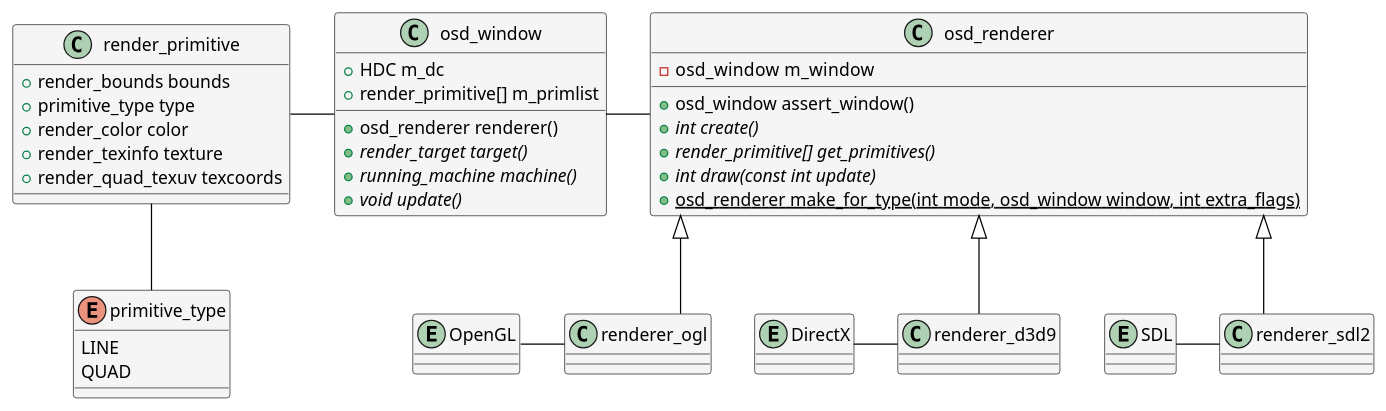
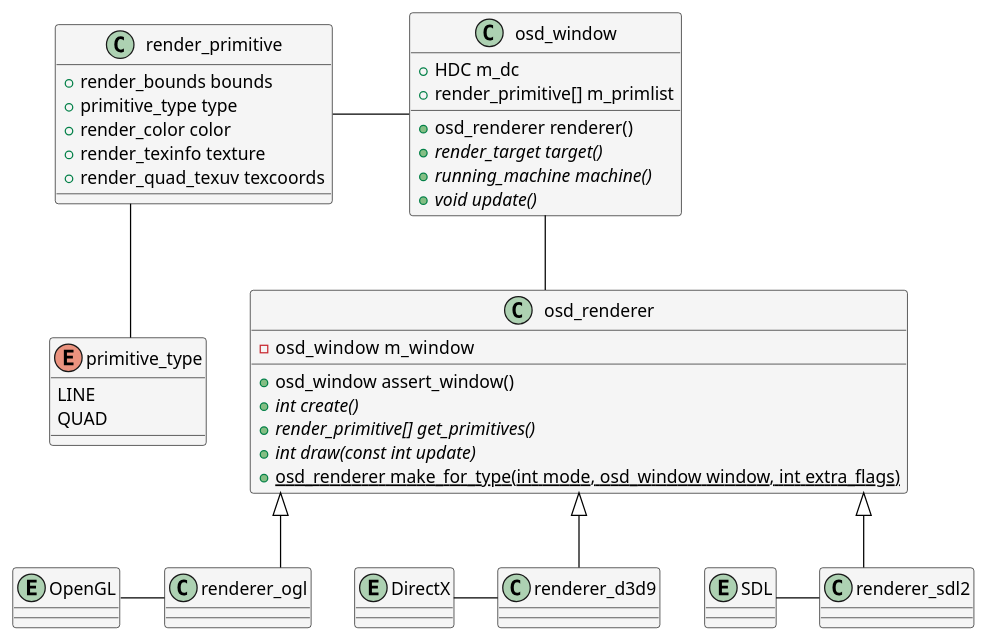
The diagram in Streaming/UML/class_rendering_generic.puml (mikymaione/MAMEStreamingPlatform), drawn with PlantUML before and after one commit. The commit also changed 6 other files, not shown here.

```diff
--- a/Streaming/UML/class_rendering_generic.puml
+++ b/Streaming/UML/class_rendering_generic.puml
@@ -1,58 +1,57 @@
 @startuml
 skinparam Shadowing false
 skinparam LineType ortho
 skinparam ArrowColor black
 
 skinparam class {
     BackgroundColor WhiteSmoke
     BorderColor black
 }
 
 enum primitive_type
 {
 	LINE
 	QUAD
 }
 
 class render_primitive {
 	+render_bounds bounds
 	+primitive_type type
 	+render_color color
 	+render_texinfo texture
 	+render_quad_texuv texcoords
 }
 
 class osd_renderer {
     -osd_window  m_window
     +osd_window assert_window()
     {abstract} +int create()
     {abstract} +render_primitive[] get_primitives()
     {abstract} +int draw(const int update)
     {static} +osd_renderer make_for_type(int mode, osd_window window, int extra_flags)
 }
 
 class osd_window {
     +HDC m_dc
     +render_primitive[] m_primlist
     +osd_renderer renderer()        
     {abstract} +render_target target()    
     {abstract} +running_machine machine()
     {abstract} +void update()    
 }
 
 entity SDL
 entity DirectX
 entity OpenGL
 
 renderer_ogl -u-|> osd_renderer
 renderer_ogl -l- OpenGL
 renderer_d3d9 -u-|> osd_renderer
 renderer_d3d9 -l- DirectX
 renderer_sdl2 -u-|> osd_renderer
 renderer_sdl2 -l- SDL
 
-osd_renderer -l- osd_window
+osd_renderer -u- osd_window
 osd_window -l- render_primitive
 render_primitive -d- primitive_type
-
 @enduml
```
